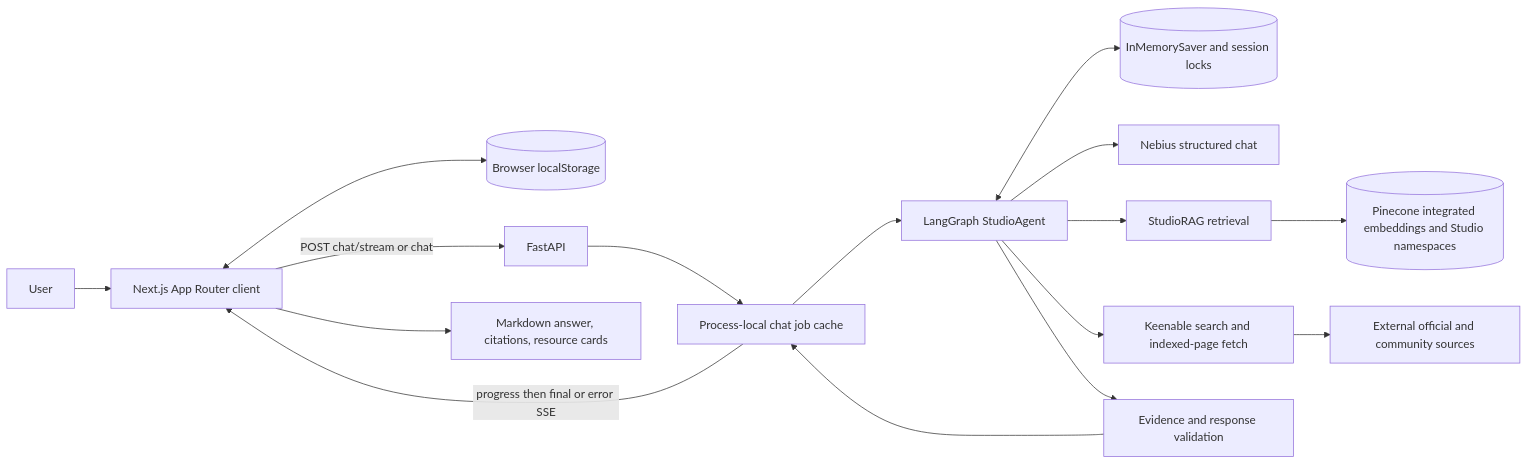
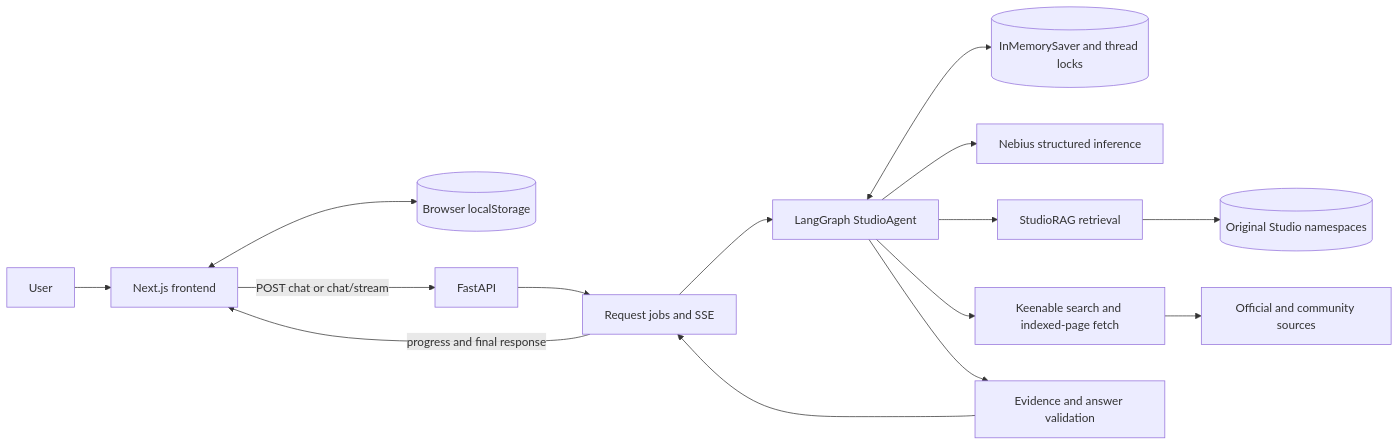
Before and after one commit to srishti-piplani/creator-studio-copilot: the diagram in docs/architecture/system_architecture.md, drawn with Mermaid. The commit also changed other lines of this file and 41 other files, not shown here.

````diff
--- a/docs/architecture/system_architecture.md
+++ b/docs/architecture/system_architecture.md
@@ -7,18 +5,17 @@
 ```mermaid
 flowchart LR
-    User --> UI[Next.js App Router client]
+    User --> UI[Next.js frontend]
     UI <--> Browser[(Browser localStorage)]
-    UI -->|POST chat/stream or chat| API[FastAPI]
-    API --> Jobs[Process-local chat job cache]
-    Jobs --> Graph[LangGraph StudioAgent]
-    Graph <--> Memory[(InMemorySaver and session locks)]
-    Graph --> Model[Nebius structured chat]
-    Graph --> RAG[StudioRAG retrieval]
-    RAG --> Pinecone[(Pinecone integrated embeddings and Studio namespaces)]
-    Graph --> Web[Keenable search and indexed-page fetch]
-    Web --> Sources[External official and community sources]
-    Graph --> Checks[Evidence and response validation]
+    UI -->|POST chat or chat/stream| API[FastAPI]
+    API --> Jobs[Request jobs and SSE]
+    Jobs --> Agent[LangGraph StudioAgent]
+    Agent <--> Memory[(InMemorySaver and thread locks)]
+    Agent --> Model[Nebius structured inference]
+    Agent --> RAG[StudioRAG retrieval]
+    RAG --> Pinecone[(Original Studio namespaces)]
+    Agent --> Web[Keenable search and indexed-page fetch]
+    Web --> Sources[Official and community sources]
+    Agent --> Checks[Evidence and answer validation]
     Checks --> Jobs
-    Jobs -->|progress then final or error SSE| UI
-    UI --> Answer[Markdown answer, citations, resource cards]
+    Jobs -->|progress and final response| UI
 ```
````
